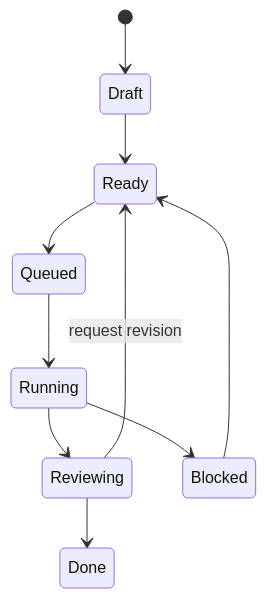
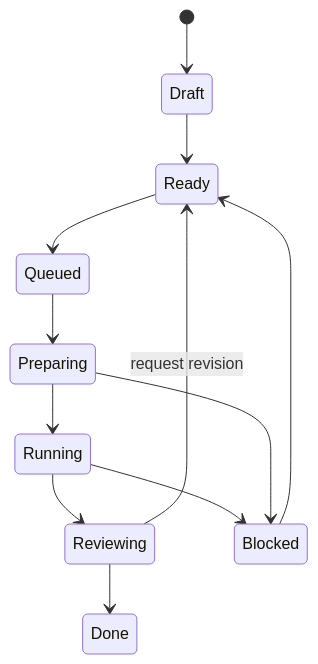
Before and after one commit to seasnoke/docs: the second of 2 diagrams in content/docs/core-concepts/workflows.mdx, drawn with Mermaid. The commit also changed other lines of this file and 11 other files, not shown here.

````diff
--- a/content/docs/core-concepts/workflows.mdx
+++ b/content/docs/core-concepts/workflows.mdx
@@ -53,12 +57,14 @@
 ```mermaid
 stateDiagram-v2
   [*] --> Draft
   Draft --> Ready
   Ready --> Queued
-  Queued --> Running
+  Queued --> Preparing
+  Preparing --> Running
   Running --> Reviewing
   Reviewing --> Done
   Reviewing --> Ready: request revision
   Running --> Blocked
+  Preparing --> Blocked
   Blocked --> Ready
 ```
````
